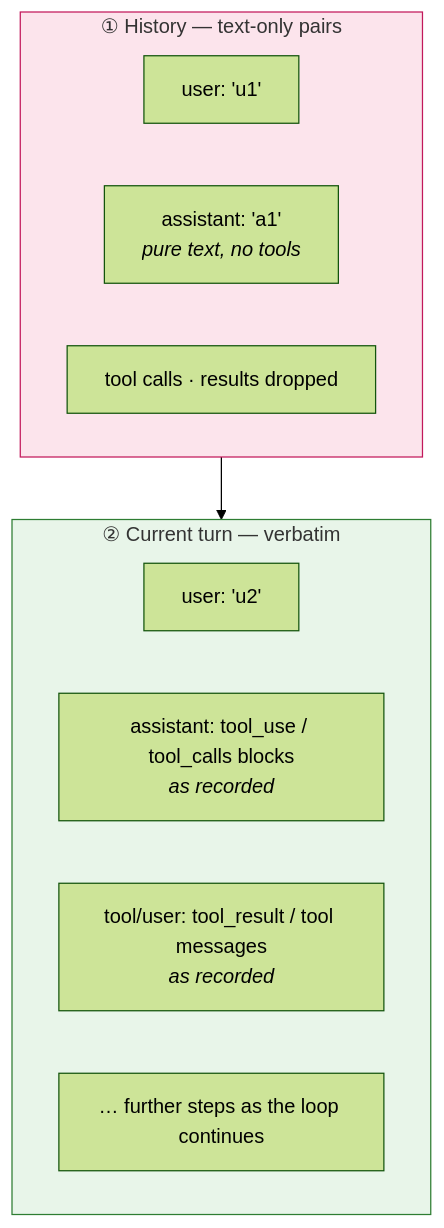
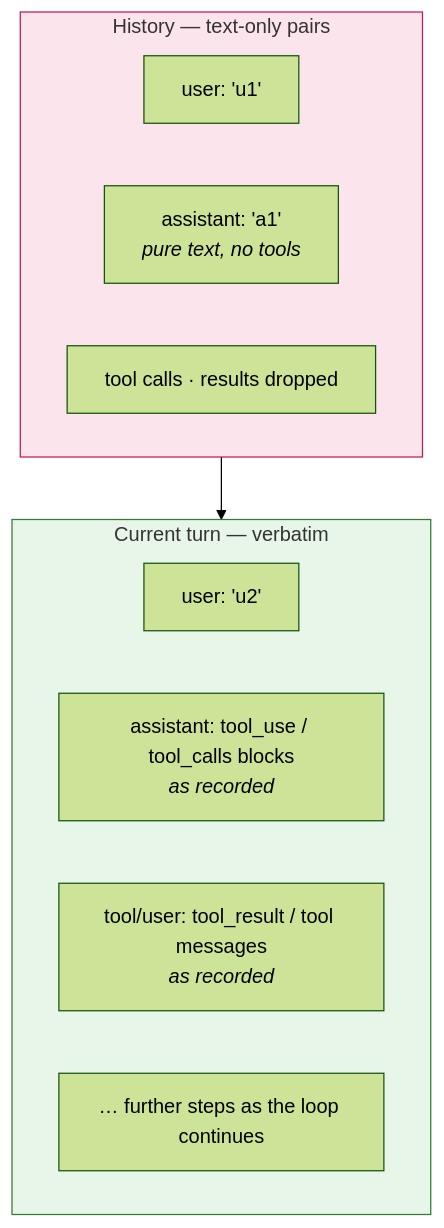
The second of 3 diagrams in docs/architecture/context.md (kingye/jyc), drawn with Mermaid (forest theme) before and after one commit. The commit also changed other lines of this file and 2 other files, not shown here.

````diff
--- a/docs/architecture/context.md
+++ b/docs/architecture/context.md
@@ -226,17 +226,17 @@
 ```mermaid
 flowchart TB
-    subgraph R1["① History — text-only pairs"]
+    subgraph R1["History — text-only pairs"]
         R1U["user: 'u1'"]
         R1A["assistant: 'a1'<br/><i>pure text, no tools</i>"]
         R1N["tool calls · results dropped"]
     end
-    subgraph R2["② Current turn — verbatim"]
+    subgraph R2["Current turn — verbatim"]
         R2U["user: 'u2'"]
         R2ATU["assistant: tool_use / tool_calls blocks<br/><i>as recorded</i>"]
         R2TR["tool/user: tool_result / tool messages<br/><i>as recorded</i>"]
         R2MORE["… further steps as the loop continues"]
     end
     R1 --> R2
     style R1 fill:#fce4ec,stroke:#c2185b
     style R2 fill:#e8f5e9,stroke:#2e7d32
 ```
````
